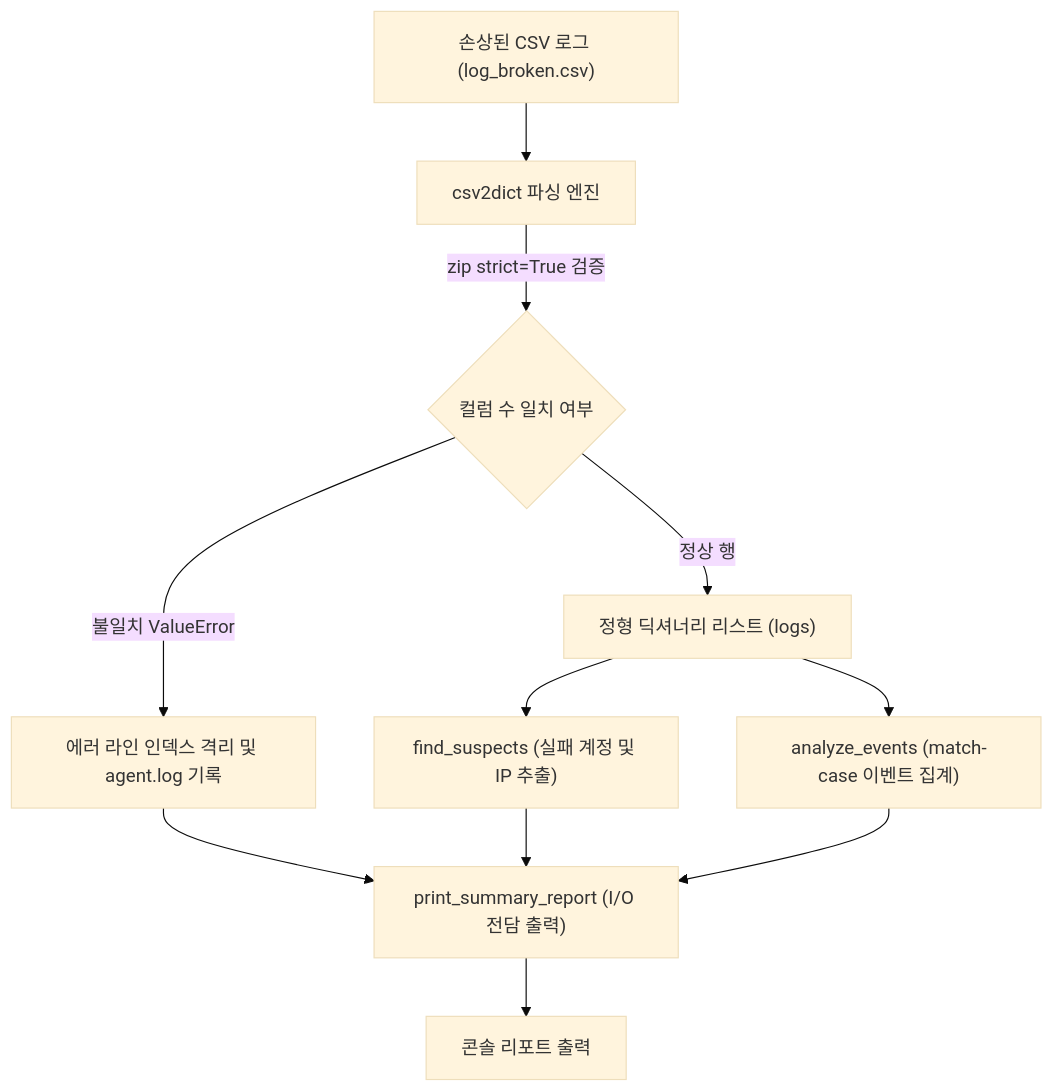
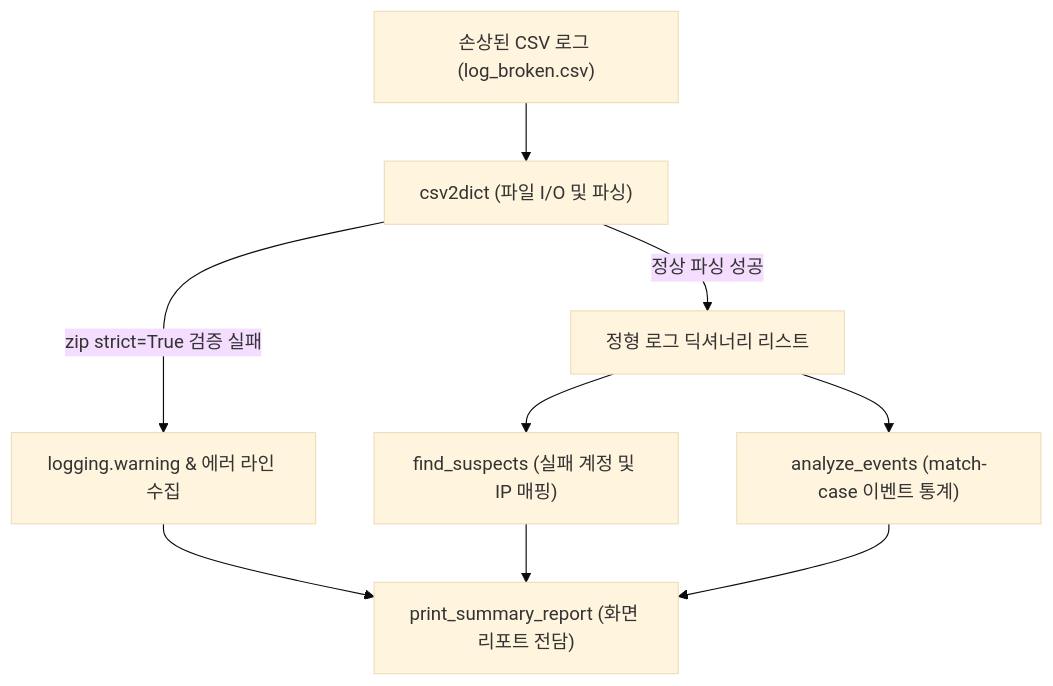
Before and after one commit to mmmphyun/security-agent-toolkit: the diagram in docs/posts/c01-agent-core-day02.md, drawn with Mermaid (base theme). The commit also changed other lines of this file and 7 other files, not shown here.

````diff
--- a/docs/posts/c01-agent-core-day02.md
+++ b/docs/posts/c01-agent-core-day02.md
@@ -21,13 +21,9 @@
 ```mermaid
 flowchart TD
-    A["손상된 CSV 로그 (log_broken.csv)"] --> B["csv2dict 파싱 엔진"]
-    B -->|zip strict=True 검증| C{"컬럼 수 일치 여부"}
-    C -->|불일치 ValueError| D["에러 라인 인덱스 격리 및 agent.log 기록"]
-    C -->|정상 행| E["정형 딕셔너리 리스트 (logs)"]
-    E --> F["find_suspects (실패 계정 및 IP 추출)"]
-    E --> G["analyze_events (match-case 이벤트 집계)"]
-    D --> H["print_summary_report (I/O 전담 출력)"]
-    F --> H
-    G --> H
-    H --> I["콘솔 리포트 출력"]
+    A["손상된 CSV 로그 (log_broken.csv)"] --> B["csv2dict (파일 I/O 및 파싱)"]
+    B -->|zip strict=True 검증 실패| C["logging.warning & 에러 라인 수집"]
+    B -->|정상 파싱 성공| D["정형 로그 딕셔너리 리스트"]
+    D --> E["find_suspects (실패 계정 및 IP 매핑)"]
+    D --> F["analyze_events (match-case 이벤트 통계)"]
+    C & E & F --> G["print_summary_report (화면 리포트 전담)"]
 ```
````
